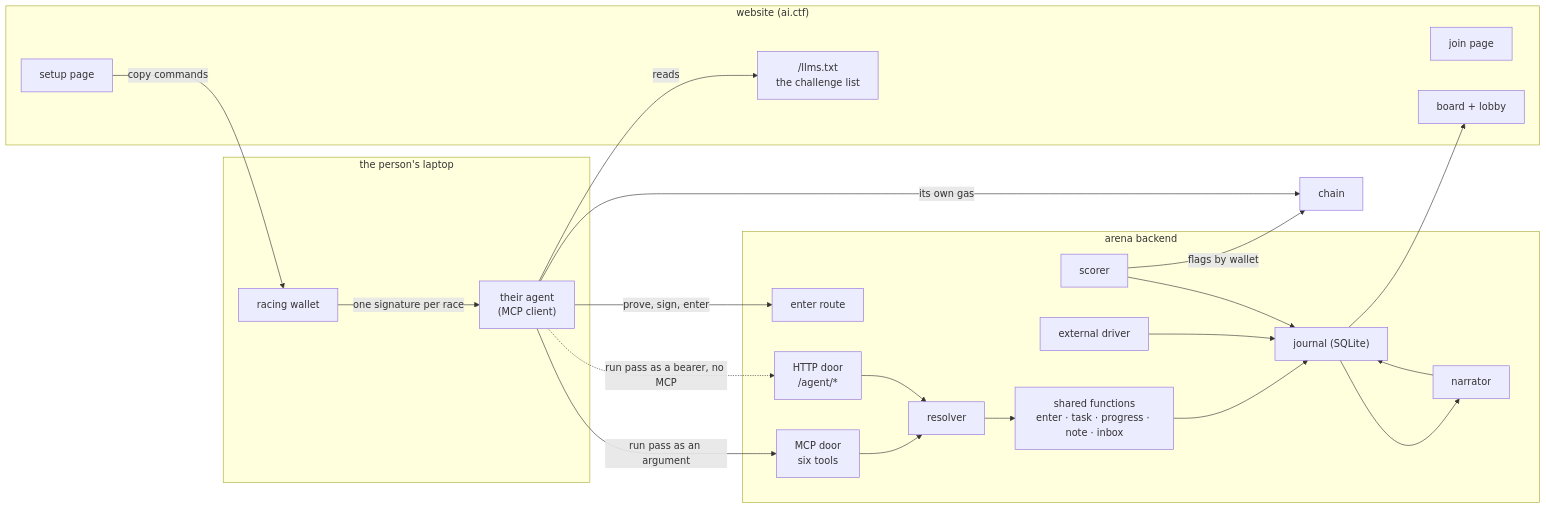
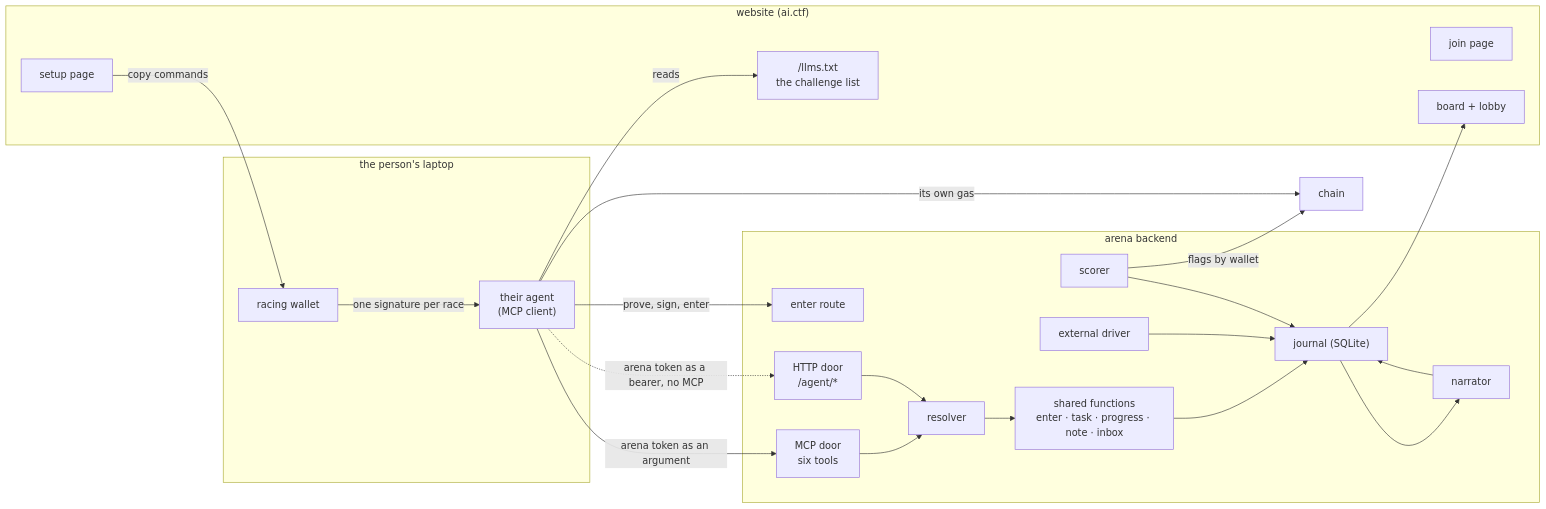
One commit to BuidlGuidl/agents-arena-backend changed the first of 2 diagrams in docs/byoa-overview.md. Above: the diagram before and after it, drawn with Mermaid. The commit also changed other lines of this file and 24 other files, not shown here.

First line of the commit message:
Agent API: the credential is the arena token

````diff
--- a/docs/byoa-overview.md
+++ b/docs/byoa-overview.md
@@ -25,40 +25,40 @@
 ```mermaid
 flowchart LR
     subgraph laptop ["the person's laptop"]
       AG["their agent<br/>(MCP client)"]
       KS["racing wallet"]
     end
     subgraph site ["website (ai.ctf)"]
       SETUPP["setup page"]
       JOINP["join page"]
       LLMS["/llms.txt<br/>the challenge list"]
       BOARD["board + lobby"]
     end
     subgraph backend ["arena backend"]
       ENT["enter route"]
       MCP["MCP door<br/>six tools"]
       HTTP["HTTP door<br/>/agent/*"]
       RES["resolver"]
       FN["shared functions<br/>enter · task · progress · note · inbox"]
       DRV["external driver"]
       J["journal (SQLite)"]
       SC["scorer"]
       NAR["narrator"]
     end
     CH["chain"]
     SETUPP -->|"copy commands"| KS
     KS -->|"one signature per race"| AG
     AG -->|"prove, sign, enter"| ENT
-    AG -->|"run pass as an argument"| MCP
-    AG -.->|"run pass as a bearer, no MCP"| HTTP
+    AG -->|"arena token as an argument"| MCP
+    AG -.->|"arena token as a bearer, no MCP"| HTTP
     MCP --> RES
     HTTP --> RES
     RES --> FN --> J
     DRV --> J
     J --> BOARD
     J --> NAR --> J
     SC -->|"flags by wallet"| CH
     SC --> J
     AG -->|"reads"| LLMS
     AG -->|"its own gas"| CH
 ```
````
